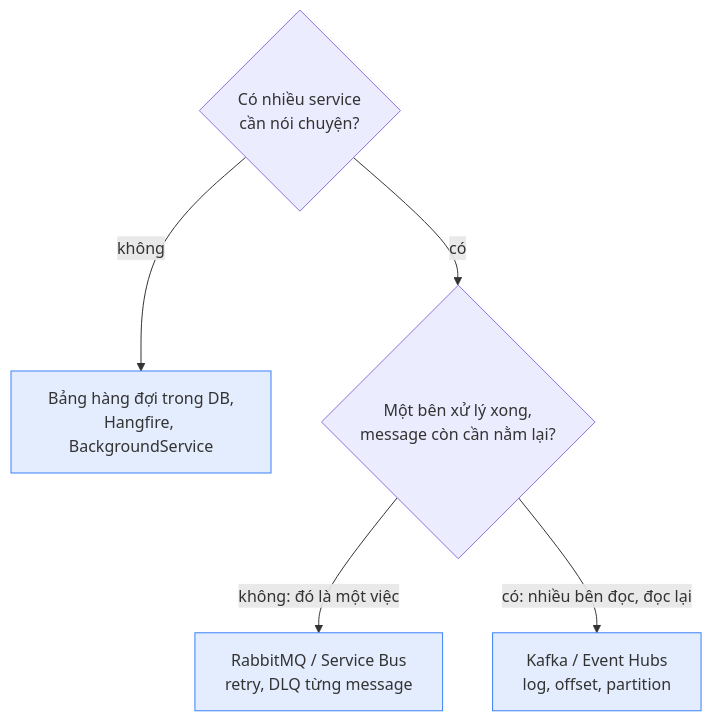
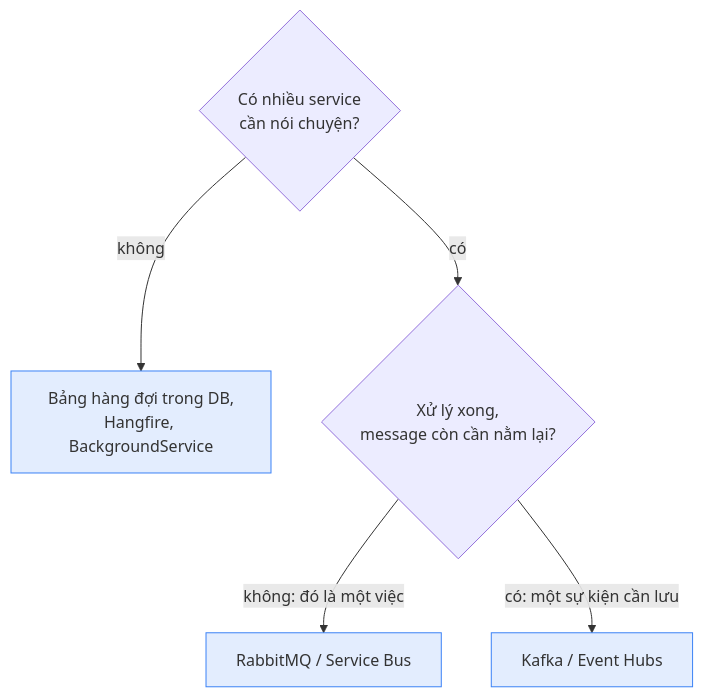
The first of 3 diagrams in docs/architecture/tooling.md (NhanLT6/PayoutHub), drawn with Mermaid before and after one commit. The commit also changed other lines of this file, not shown here.

First line of the commit message:
docs(tooling): tighten page, richer mailbox vs log figure, mermaid for libraries and emulator

````diff
--- a/docs/architecture/tooling.md
+++ b/docs/architecture/tooling.md
@@ -64,9 +58,9 @@
 ```mermaid
 flowchart TD
   Q0{"Có nhiều service<br/>cần nói chuyện?"} -- "không" --> D["Bảng hàng đợi trong DB,<br/>Hangfire, BackgroundService"]
-  Q0 -- "có" --> Q1{"Một bên xử lý xong,<br/>message còn cần nằm lại?"}
-  Q1 -- "không: đó là một việc" --> R["RabbitMQ / Service Bus<br/>retry, DLQ từng message"]
-  Q1 -- "có: nhiều bên đọc, đọc lại" --> K["Kafka / Event Hubs<br/>log, offset, partition"]
+  Q0 -- "có" --> Q1{"Xử lý xong,<br/>message còn cần nằm lại?"}
+  Q1 -- "không: đó là một việc" --> R["RabbitMQ / Service Bus"]
+  Q1 -- "có: một sự kiện cần lưu" --> K["Kafka / Event Hubs"]
   classDef box fill:#3b82f624,stroke:#3b82f6
   class R,K,D box
 ```
````
